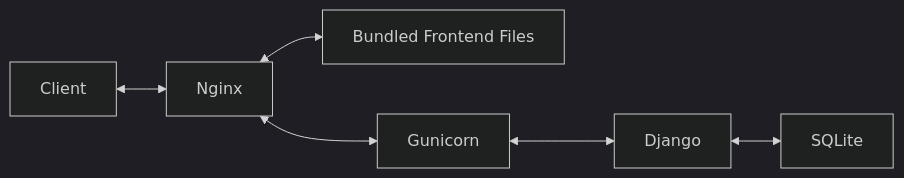
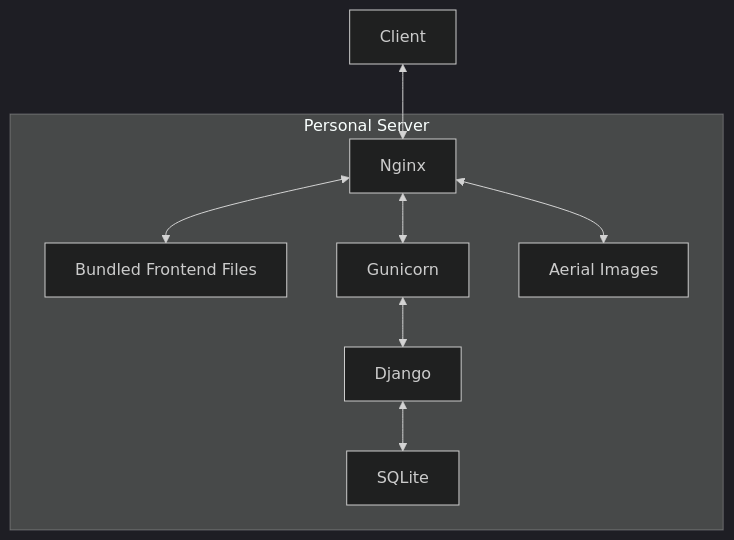
Before and after one commit to skykhs3/skykhs3.github.io: the third of 4 diagrams in _posts/2025-04-07-retrospective-kakao-impact.md, drawn with Mermaid (dark theme). The commit also changed other lines of this file, not shown here.

````diff
--- a/_posts/2025-04-07-retrospective-kakao-impact.md
+++ b/_posts/2025-04-07-retrospective-kakao-impact.md
@@ -57,8 +56,12 @@
 ```mermaid
-flowchart LR
-    A[Client] <--> B[Nginx]
-    B[Nginx] <--> C[Bundled Frontend Files]
-    B[Nginx] <--> D[Gunicorn]
-    D[Gunicorn] <--> E[Django]
-    E[Django] <--> F[SQLite]
+flowchart TD
+    A[Client] <-->  B
+    subgraph Personal Server 
+        B[Nginx] <--> C[Bundled Frontend Files]
+        B <--> D[Gunicorn]
+        D <--> E[Django]
+        E <--> F[SQLite]
+        B <--> G[Aerial Images]
+    end
+
 ```
````
